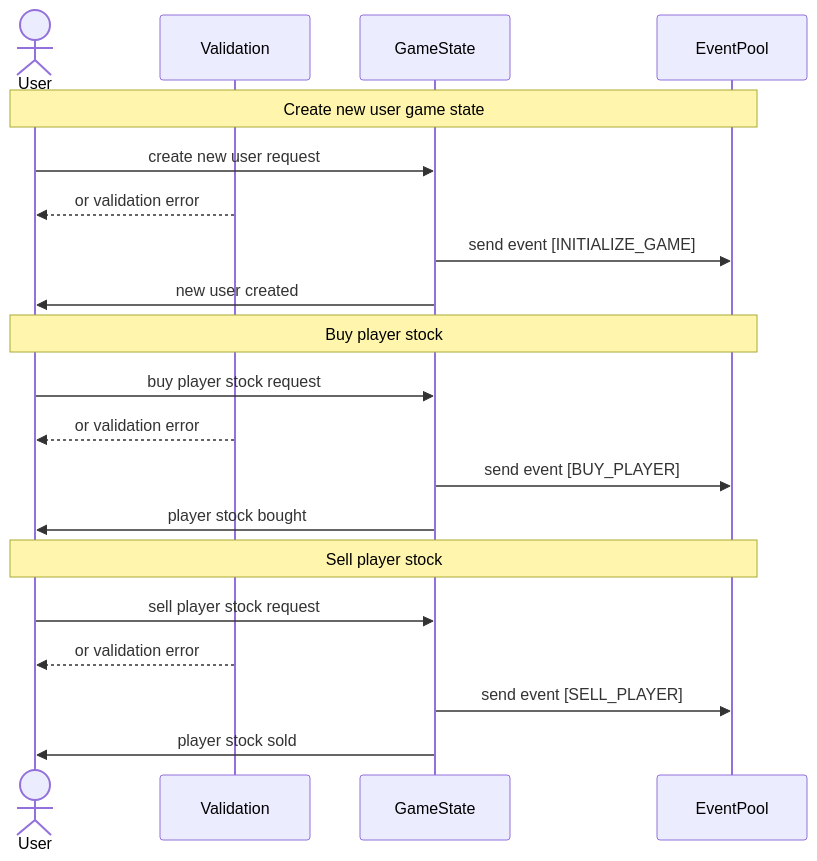
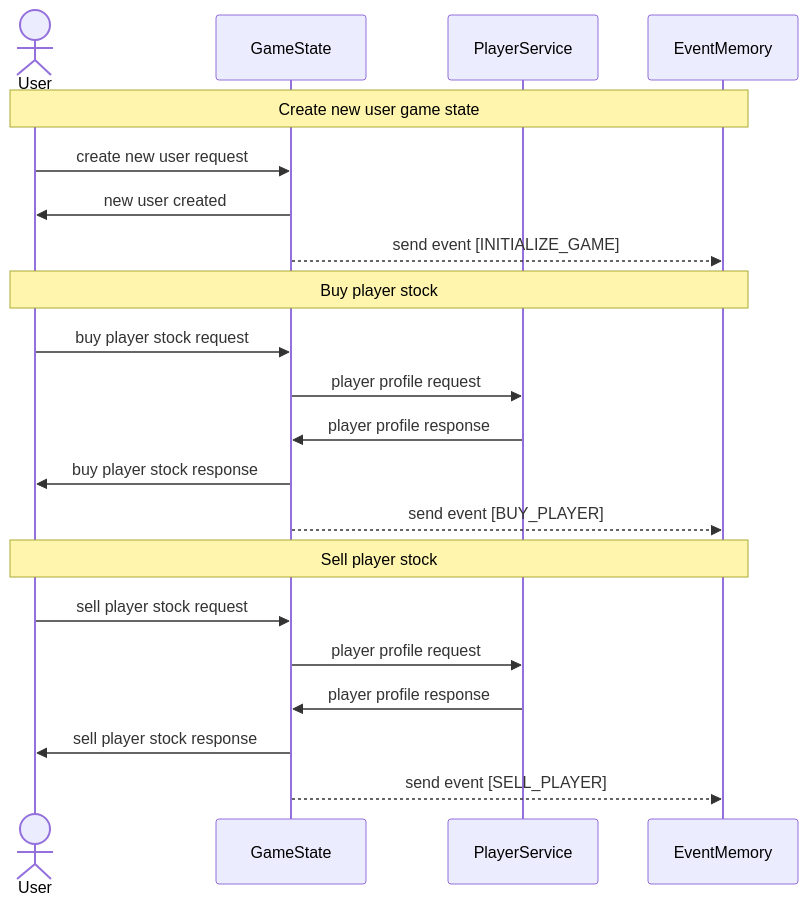
One commit to marcinszewczykArch/FootballStock changed the fourth of 4 diagrams in README.md. Above: the diagram before and after it, drawn with Mermaid. The commit also changed other lines of this file, not shown here.

Commit message:
add diagrams

````diff
--- a/README.md
+++ b/README.md
@@ -111,23 +167,23 @@
 ```mermaid
 sequenceDiagram
     actor User
-    participant Validation
     participant GameState
-    participant EventPool
-    Note over User, EventPool: Create new user game state
+    participant PlayerService
+    participant EventMemory
+    Note over User, EventMemory: Create new user game state
     User ->> GameState: create new user request
-    Validation -->> User: or validation error
-    GameState ->> EventPool: send event [INITIALIZE_GAME]
     GameState ->> User: new user created
-    Note over User, EventPool: Buy player stock
+    GameState -->> EventMemory: send event [INITIALIZE_GAME]
+    Note over User, EventMemory: Buy player stock
     User ->> GameState: buy player stock request
-    Validation -->> User: or validation error
-    GameState ->> EventPool: send event [BUY_PLAYER]
-    GameState ->> User: player stock bought
-    Note over User, EventPool: Sell player stock
+    GameState ->> PlayerService: player profile request
+    PlayerService ->> GameState: player profile response
+    GameState ->> User: buy player stock response
+    GameState -->> EventMemory: send event [BUY_PLAYER]
+    Note over User, EventMemory: Sell player stock
     User ->> GameState: sell player stock request
-    Validation -->> User: or validation error
-    GameState ->> EventPool: send event [SELL_PLAYER]
-    GameState ->> User: player stock sold
-
+    GameState ->> PlayerService: player profile request
+    PlayerService ->> GameState: player profile response
+    GameState ->> User: sell player stock response
+    GameState -->> EventMemory: send event [SELL_PLAYER]
 ```
````
